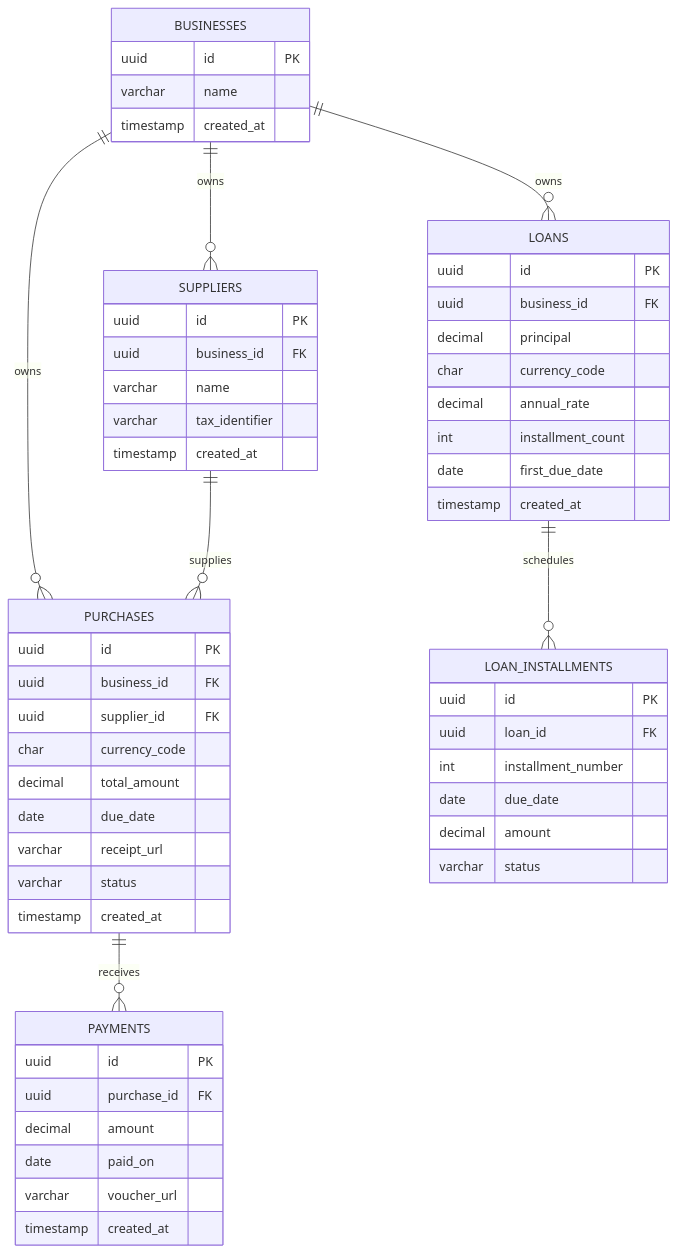
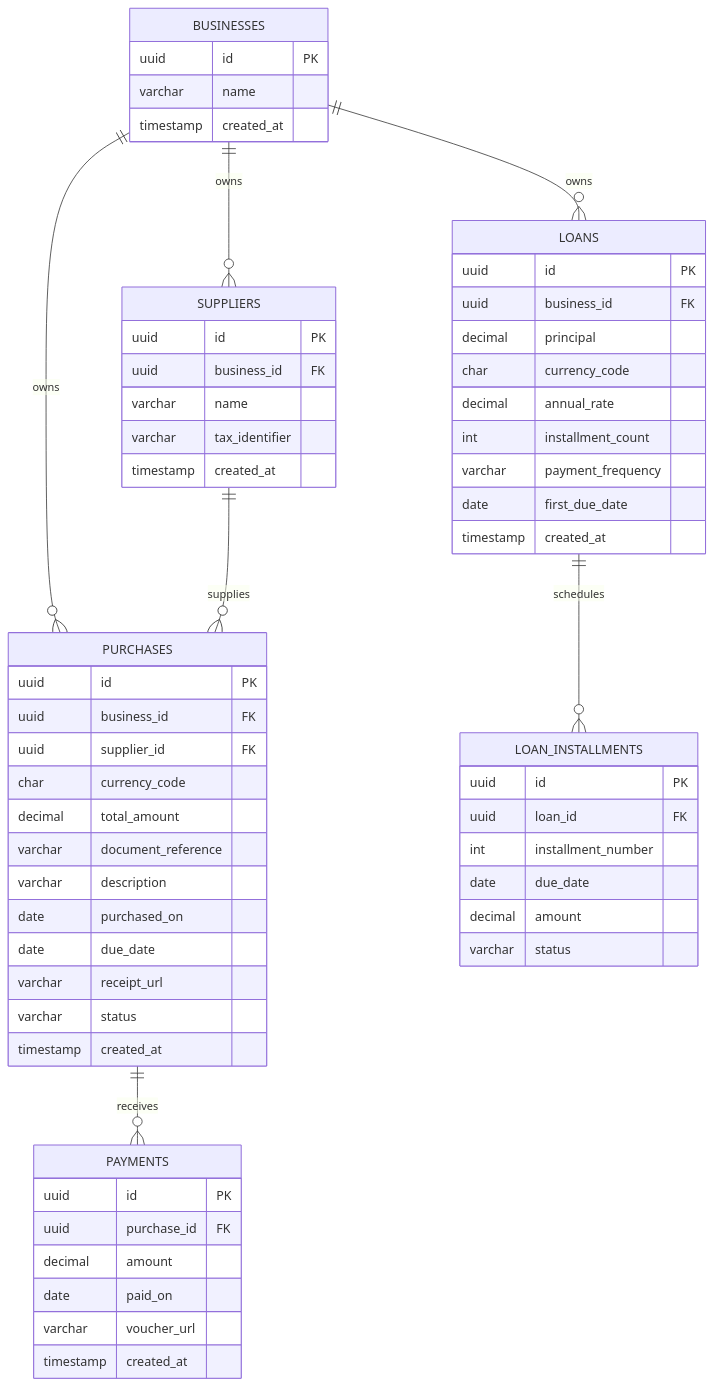
One commit to Grupo-Desarrollo-Aplicaciones-Web/upc-project-report changed the diagram in assets/architecture/database-er-diagram.mmd. Above: the diagram before and after it, drawn with Mermaid. The commit also changed 27 other files, not shown here.

Commit message:
docs(architecture): align frontend containers classes and database

```diff
--- a/assets/architecture/database-er-diagram.mmd
+++ b/assets/architecture/database-er-diagram.mmd
@@ -1,57 +1,61 @@
 erDiagram
   BUSINESSES ||--o{ SUPPLIERS : owns
   BUSINESSES ||--o{ PURCHASES : owns
   SUPPLIERS ||--o{ PURCHASES : supplies
   PURCHASES ||--o{ PAYMENTS : receives
   BUSINESSES ||--o{ LOANS : owns
   LOANS ||--o{ LOAN_INSTALLMENTS : schedules
 
   BUSINESSES {
     uuid id PK
     varchar name
     timestamp created_at
   }
   SUPPLIERS {
     uuid id PK
     uuid business_id FK
     varchar name
     varchar tax_identifier
     timestamp created_at
   }
   PURCHASES {
     uuid id PK
     uuid business_id FK
     uuid supplier_id FK
     char currency_code
     decimal total_amount
+    varchar document_reference
+    varchar description
+    date purchased_on
     date due_date
     varchar receipt_url
     varchar status
     timestamp created_at
   }
   PAYMENTS {
     uuid id PK
     uuid purchase_id FK
     decimal amount
     date paid_on
     varchar voucher_url
     timestamp created_at
   }
   LOANS {
     uuid id PK
     uuid business_id FK
     decimal principal
     char currency_code
     decimal annual_rate
     int installment_count
+    varchar payment_frequency
     date first_due_date
     timestamp created_at
   }
   LOAN_INSTALLMENTS {
     uuid id PK
     uuid loan_id FK
     int installment_number
     date due_date
     decimal amount
     varchar status
   }
```
